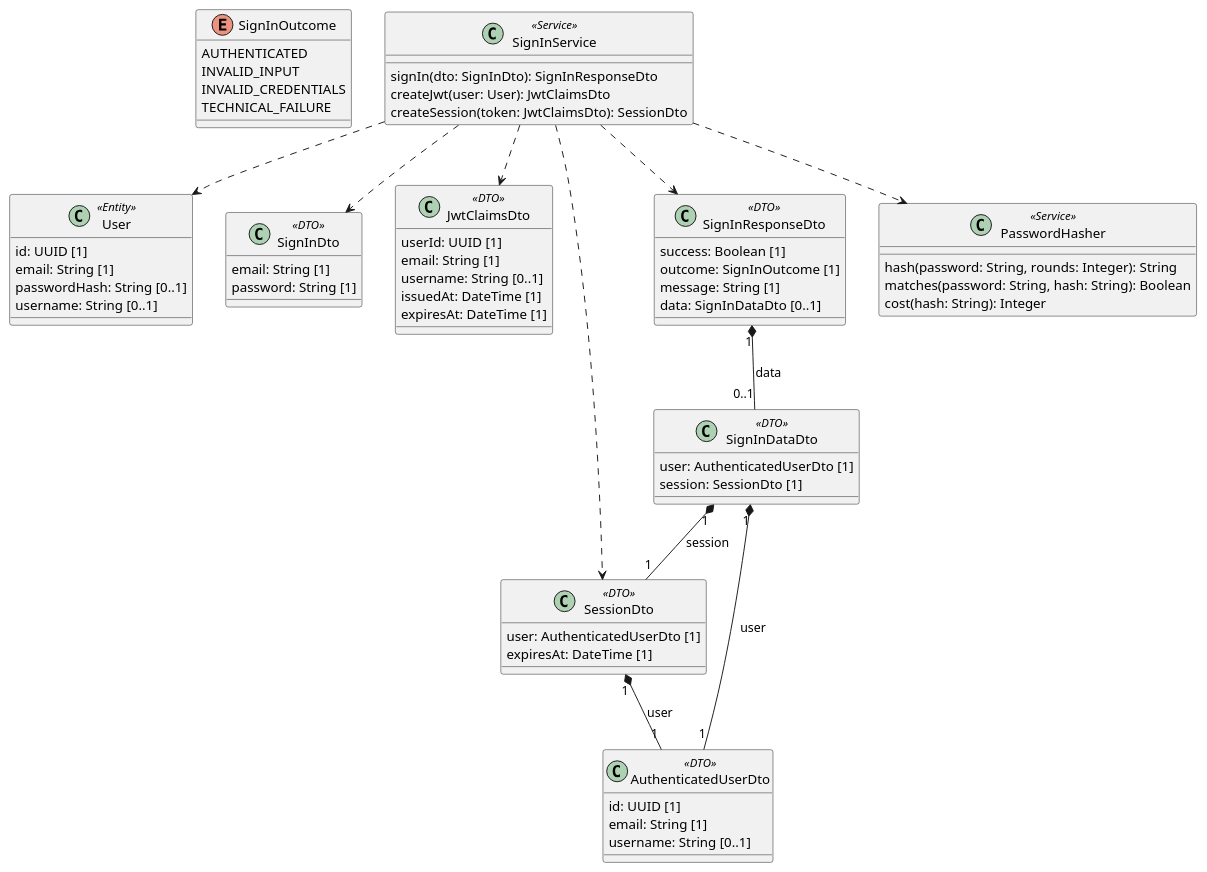
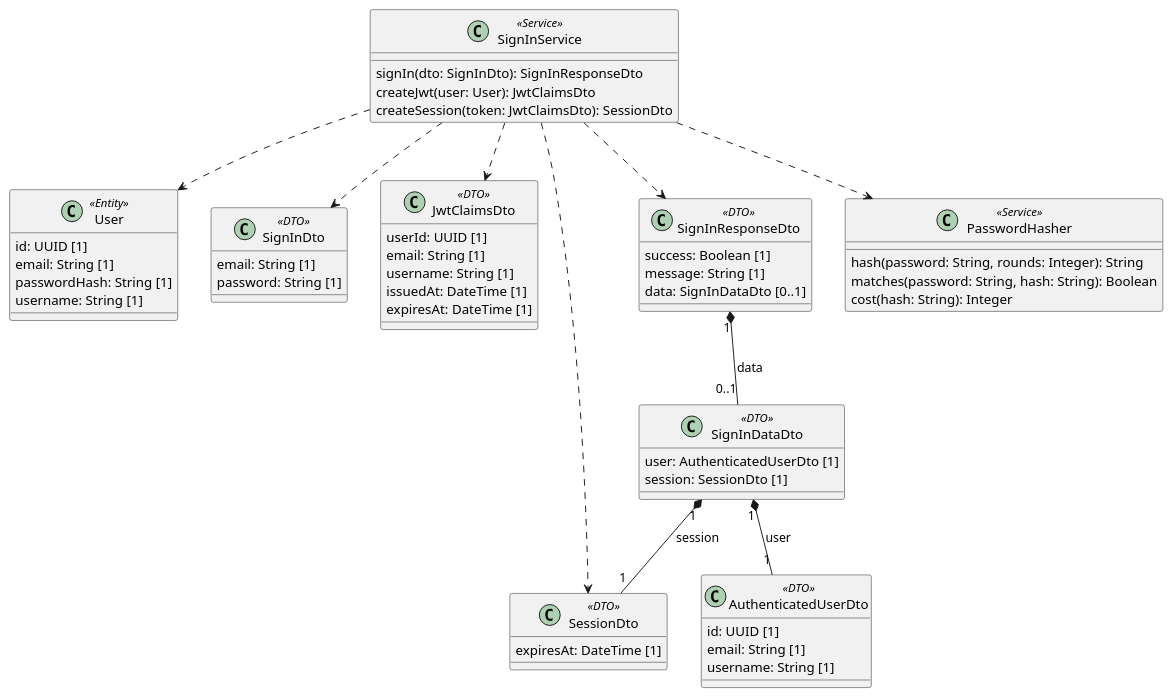
The diagram in 01-inception/use-cases/uc-08-sign-in.md (khanhNguyenHong2311/VT-TripmaSpecification), drawn with PlantUML before and after one commit. The commit also changed other lines of this file and 16 other files, not shown here.

```diff
--- a/01-inception/use-cases/uc-08-sign-in.md
+++ b/01-inception/use-cases/uc-08-sign-in.md
@@ -95,79 +95,69 @@
 ~~~plantuml
 @startuml
-
-enum SignInOutcome {
-  AUTHENTICATED
-  INVALID_INPUT
-  INVALID_CREDENTIALS
-  TECHNICAL_FAILURE
-}
 
 class User <<Entity>> {
   id: UUID [1]
   email: String [1]
-  passwordHash: String [0..1]
-  username: String [0..1]
+  passwordHash: String [1]
+  username: String [1]
 }
 
 class SignInDto <<DTO>> {
   email: String [1]
   password: String [1]
 }
 
 class AuthenticatedUserDto <<DTO>> {
   id: UUID [1]
   email: String [1]
-  username: String [0..1]
+  username: String [1]
 }
 
 class JwtClaimsDto <<DTO>> {
   userId: UUID [1]
   email: String [1]
-  username: String [0..1]
+  username: String [1]
   issuedAt: DateTime [1]
   expiresAt: DateTime [1]
 }
 
 class SessionDto <<DTO>> {
-  user: AuthenticatedUserDto [1]
   expiresAt: DateTime [1]
 }
 
 class SignInDataDto <<DTO>> {
   user: AuthenticatedUserDto [1]
   session: SessionDto [1]
 }
 
 class SignInResponseDto <<DTO>> {
   success: Boolean [1]
-  outcome: SignInOutcome [1]
   message: String [1]
   data: SignInDataDto [0..1]
 }
 
 class SignInService <<Service>> {
   signIn(dto: SignInDto): SignInResponseDto
   createJwt(user: User): JwtClaimsDto
   createSession(token: JwtClaimsDto): SessionDto
 }
 
 class PasswordHasher <<Service>> {
   hash(password: String, rounds: Integer): String
   matches(password: String, hash: String): Boolean
   cost(hash: String): Integer
 }
 
 SignInDataDto "1" *-- "1" AuthenticatedUserDto : user
 SignInDataDto "1" *-- "1" SessionDto : session
-SessionDto "1" *-- "1" AuthenticatedUserDto : user
 SignInResponseDto "1" *-- "0..1" SignInDataDto : data
 
 SignInService ..> SignInDto
 SignInService ..> SignInResponseDto
 SignInService ..> JwtClaimsDto
 SignInService ..> SessionDto
 SignInService ..> User
 SignInService ..> PasswordHasher
 
 @enduml
 ~~~
```
